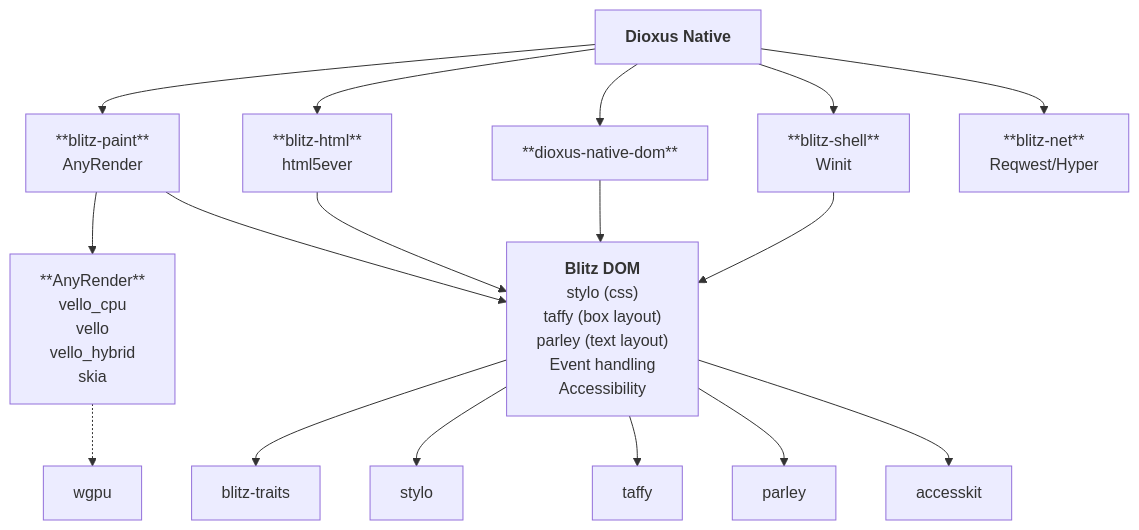
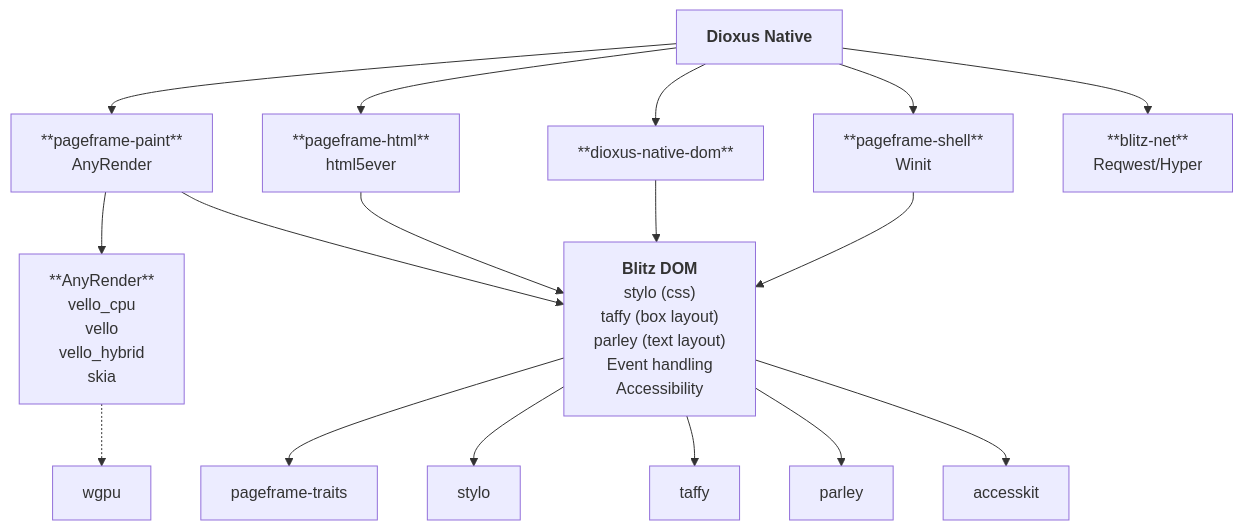
Before and after one commit to RealWhyKnot/Pageframe: the diagram in docs/architecture.mmd, drawn with Mermaid. The commit also changed 547 other files, not shown here.

Commit message:
chore: rename the Blitz packages to pageframe (2026.11.11.0-C6FE)

```diff
--- a/docs/architecture.mmd
+++ b/docs/architecture.mmd
@@ -1,74 +1,74 @@
 
 flowchart TB
 
-    blitz-paint[**blitz-paint**] --> anyrender
-    blitz-paint --> blitz-dom
+    pageframe-paint[**pageframe-paint**] --> anyrender
+    pageframe-paint --> pageframe-dom
 
     anyrender[**AnyRender**
     vello_cpu
     vello
     vello_hybrid
     skia]
     %% anyrender --> vello_cpu
     %% anyrender --> vello
     %% anyrender --> vello_hybrid
     %% anyrender --> skia
 
     anyrender -.-> wgpu
 
     %% vello --> wgpu
     %% vello_hybrid --> wgpu
 
-    blitz-html --> blitz-dom
+    pageframe-html --> pageframe-dom
 
-    blitz-dom["`**Blitz DOM**
+    pageframe-dom["`**Blitz DOM**
     stylo (css)
     taffy (box layout)
     parley (text layout)
     Event handling
     Accessibility
     `"]
 
-    %% blitz-net --> blitz-traits
-    %% blitz-html --> blitz-traits
-    %% blitz-shell --> blitz-traits
-    blitz-dom --> blitz-traits
-    blitz-dom --> stylo
-    blitz-dom --> taffy
-    blitz-dom --> parley
-    blitz-dom --> accesskit
-    %% blitz-dom -.-> anyrender
+    %% blitz-net --> pageframe-traits
+    %% pageframe-html --> pageframe-traits
+    %% pageframe-shell --> pageframe-traits
+    pageframe-dom --> pageframe-traits
+    pageframe-dom --> stylo
+    pageframe-dom --> taffy
+    pageframe-dom --> parley
+    pageframe-dom --> accesskit
+    %% pageframe-dom -.-> anyrender
 
     dioxus-native["`**Dioxus Native**
     `"]
 
-    dioxus-native --> blitz-paint[**blitz-paint**
+    dioxus-native --> pageframe-paint[**pageframe-paint**
     AnyRender]
-    dioxus-native --> blitz-shell[**blitz-shell**
+    dioxus-native --> pageframe-shell[**pageframe-shell**
     Winit]
     dioxus-native --> dioxus-native-dom[**dioxus-native-dom**]
     dioxus-native --> blitz-net[**blitz-net**
     Reqwest/Hyper]
-    dioxus-native --> blitz-html[**blitz-html**
+    dioxus-native --> pageframe-html[**pageframe-html**
     html5ever]
 
-        dioxus-native-dom --> blitz-dom
+        dioxus-native-dom --> pageframe-dom
 
-    blitz-shell --> blitz-dom
+    pageframe-shell --> pageframe-dom
 
     %% Styles
 
-    %% style blitz-paint fill:#0097B2,color:#FFFFFF
-    %% style blitz-html color:#FFFFFF,fill:#0097B2
-    %% style blitz-shell color:#FFFFFF,fill:#0097B2
+    %% style pageframe-paint fill:#0097B2,color:#FFFFFF
+    %% style pageframe-html color:#FFFFFF,fill:#0097B2
+    %% style pageframe-shell color:#FFFFFF,fill:#0097B2
     %% style blitz-net color:#FFFFFF,fill:#0097B2
-    %% style blitz-dom fill:#0097B2,color:#FFFFFF
+    %% style pageframe-dom fill:#0097B2,color:#FFFFFF
     %% style anyrender fill:#5CE1E6
     %% style taffy color:#000000,fill:#5CE1E6
     %% style parley fill:#5CE1E6
     %% style dioxus-native fill:#00BF63,color:#FFFFFF
     %% style dioxus-native-dom fill:#00BF63,color:#FFFFFF
     %% style stylo color:#FFFFFF,fill:#FF5757
     %% style wgpu fill:#FF5757,color:#FFFFFF
-    %% style blitz-traits color:#FFFFFF,fill:#0097B2
+    %% style pageframe-traits color:#FFFFFF,fill:#0097B2
     %% style accesskit color:#FFFFFF,fill:#545454
```
